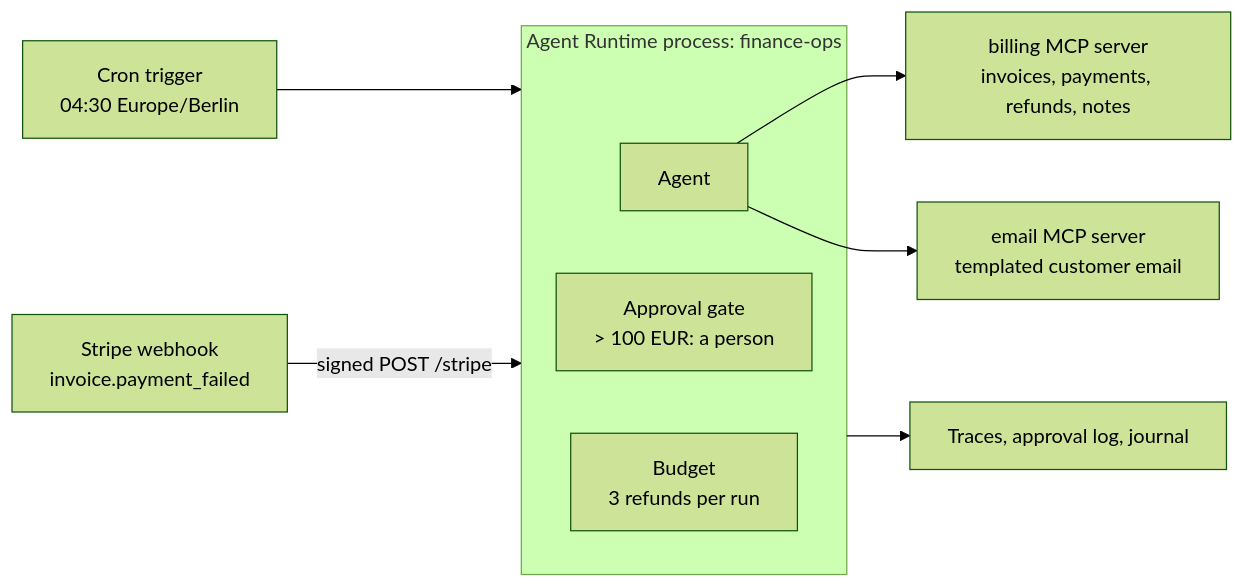
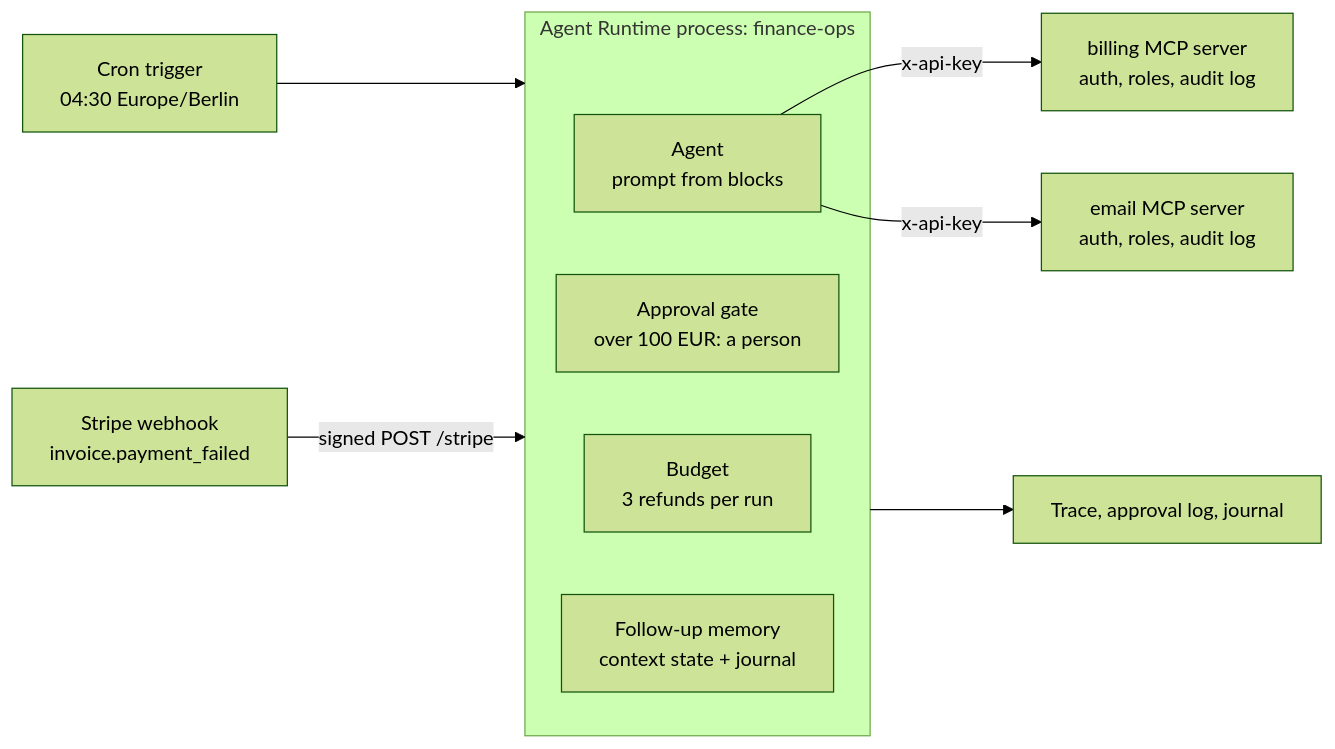
The diagram in invoice-reconciliation/README.md (promptise-com/promptise-templates), drawn with Mermaid (forest theme) before and after one commit. The commit also changed other lines of this file and 21 other files, not shown here.

````diff
--- a/invoice-reconciliation/README.md
+++ b/invoice-reconciliation/README.md
@@ -28,13 +116,14 @@
 ```mermaid
 flowchart LR
     cron["Cron trigger<br/>04:30 Europe/Berlin"] --> proc
     stripe["Stripe webhook<br/>invoice.payment_failed"] -->|signed POST /stripe| proc
     subgraph proc["Agent Runtime process: finance-ops"]
-        agent["Agent"]
-        gate["Approval gate<br/>> 100 EUR: a person"]
+        agent["Agent<br/>prompt from blocks"]
+        gate["Approval gate<br/>over 100 EUR: a person"]
         budget["Budget<br/>3 refunds per run"]
+        memory["Follow-up memory<br/>context state + journal"]
     end
-    agent --> billing["billing MCP server<br/>invoices, payments, refunds, notes"]
-    agent --> email["email MCP server<br/>templated customer email"]
-    proc --> trace["Traces, approval log, journal"]
+    agent -->|x-api-key| billing["billing MCP server<br/>auth, roles, audit log"]
+    agent -->|x-api-key| email["email MCP server<br/>auth, roles, audit log"]
+    proc --> trace["Trace, approval log, journal"]
 ```
````
